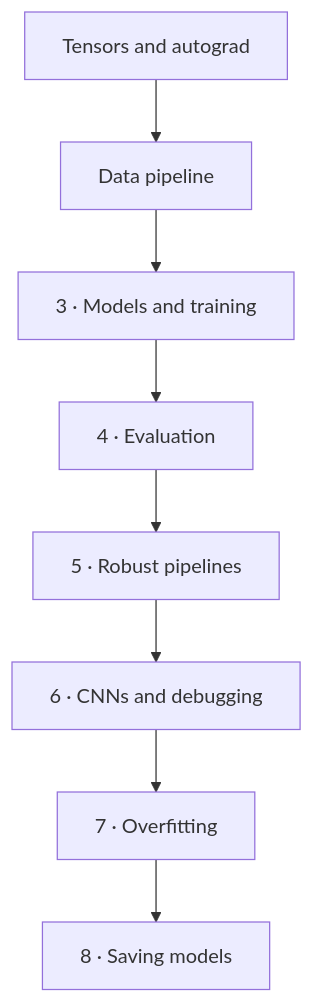
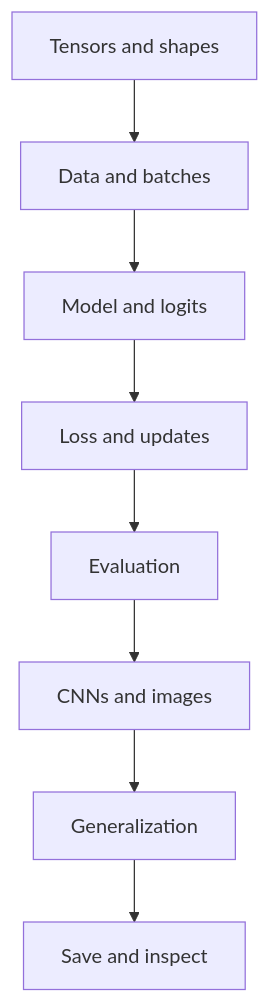
Before and after one commit to danielmza-web/pytorch-learning-hub: the diagram in docs/courses/fundamentals/index.md, drawn with Mermaid. The commit also changed other lines of this file and 18 other files, not shown here.

````diff
--- a/docs/courses/fundamentals/index.md
+++ b/docs/courses/fundamentals/index.md
@@ -27,10 +27,10 @@
 ```mermaid
 flowchart TD
-    A["Tensors and autograd"] --> B["Data pipeline"]
-    B --> C["3 · Models and training"]
-    C --> D["4 · Evaluation"]
-    D --> E["5 · Robust pipelines"]
-    E --> F["6 · CNNs and debugging"]
-    F --> G["7 · Overfitting"]
-    G --> H["8 · Saving models"]
+    A["Tensors and shapes"] --> B["Data and batches"]
+    B --> C["Model and logits"]
+    C --> D["Loss and updates"]
+    D --> E["Evaluation"]
+    E --> F["CNNs and images"]
+    F --> G["Generalization"]
+    G --> H["Save and inspect"]
 ```
````
